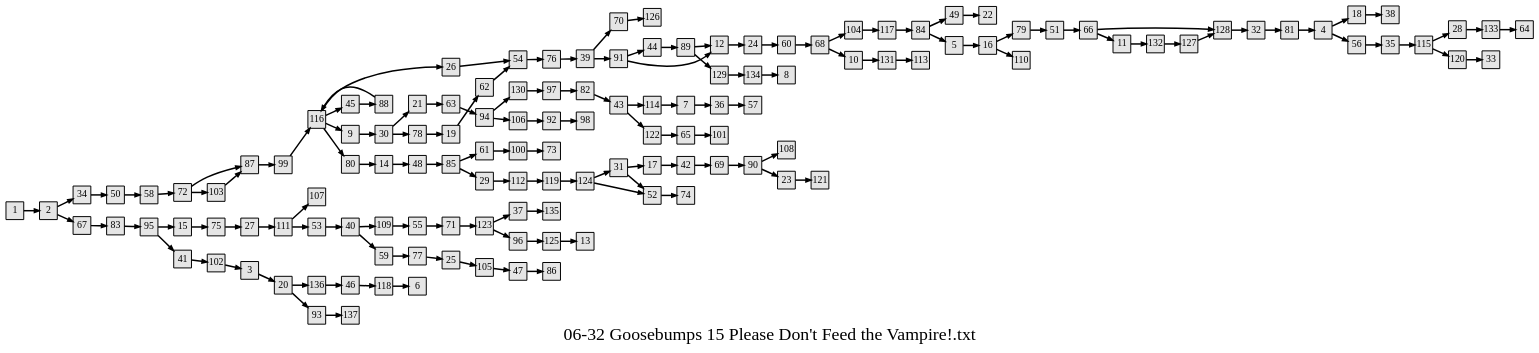
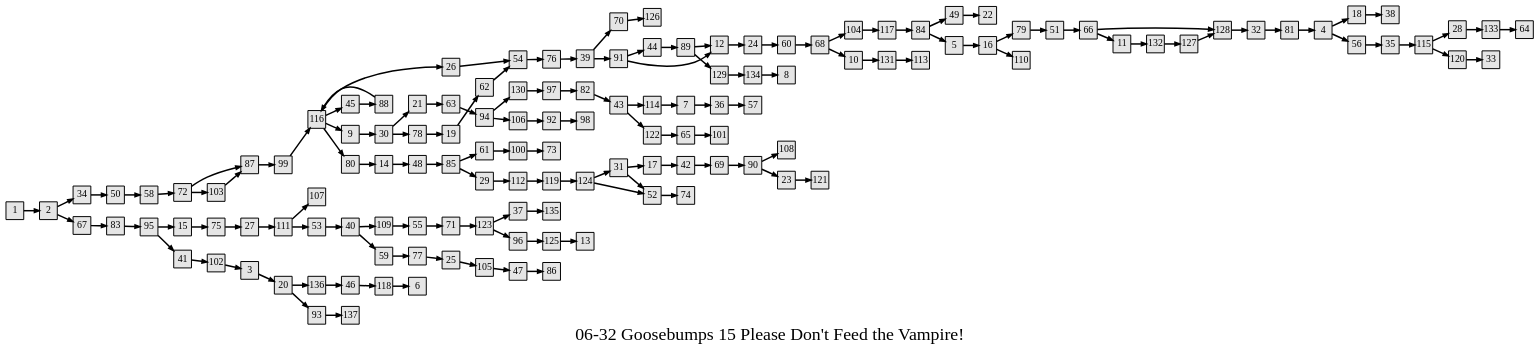
The diagram in assets/gamebooks/graphviz/06-32 Goosebumps 15 Please Don't Feed the Vampire!.txt.gv (jeremydouglass/transverse-gallery), drawn with Graphviz before and after one commit. The commit also changed 748 other files, not shown here.

```diff
--- a/assets/gamebooks/graphviz/06-32 Goosebumps 15 Please Don't Feed the Vampire!.txt.gv
+++ b/assets/gamebooks/graphviz/06-32 Goosebumps 15 Please Don't Feed the Vampire!.txt.gv
@@ -1,148 +1,171 @@
 digraph g{
-  graph [ label="06-32 Goosebumps 15 Please Don't Feed the Vampire!.txt" rankdir=LR, ordering=out, fontsize=36, nodesep="0.35", ranksep="0.45"];
+  graph [ label="06-32 Goosebumps 15 Please Don't Feed the Vampire!" rankdir=LR, ordering=out, fontsize=36, nodesep="0.35", ranksep="0.45"];
   node  [shape=rect, penwidth=2, fontsize=20, style=filled, fillcolor=grey90, margin="0,0", labelfloat=true, regular=true, fixedsize=true];
   edge  [labelfloat=true, penwidth=3, fontsize=12];
-
+  // ---;
+  // group  : Katz;
+  // id     : 06-32;
+  // gbid   : 1213;
+  // series : Give Yourself Goosebumps;
+  // title  : Please Don't Feed the Vampire!;
+  // author : R.L. Stine;
+  // credit:;
+  // - name : Yee-Ann Wong;
+  // role : encoder;
+  // date : 2017-08-24;
+  // - name : Jeremy Douglass;
+  // role : editor;
+  // date : 2017-10-19;
+  // render:;
+  // - name   : small;
+  // styles : gvStyles-small.txt;
+  // engine : dot;
+  // comment: >;
+  
+  // ---;
+  
+  // From | To | Label;
+  
   1 -> 2;
   2 -> 34;
   2 -> 67;
   3 -> 20;
   4 -> 18;
   4 -> 56;
   5 -> 16;
   7 -> 36;
   9 -> 30;
   10 -> 131;
   11 -> 132;
   12 -> 24;
   14 -> 48;
   15 -> 75;
   16 -> 79;
   16 -> 110;
   17 -> 42;
   18 -> 38;
   19 -> 62;
   20 -> 136;
   20 -> 93;
   21 -> 63;
   23 -> 121;
   24 -> 60;
   25 -> 105;
   26 -> 54;
   27 -> 111;
   28 -> 133;
   29 -> 112;
   30 -> 21;
   30 -> 78;
   31 -> 17;
   31 -> 52;
   32 -> 81;
   34 -> 50;
   35 -> 115;
   36 -> 57;
   37 -> 135;
   39 -> 70;
   39 -> 91;
   40 -> 109;
   40 -> 59;
   41 -> 102;
   42 -> 69;
   43 -> 114;
   43 -> 122;
   44 -> 89;
   45 -> 88;
   46 -> 118;
   47 -> 86;
   48 -> 85;
   49 -> 22;
   50 -> 58;
   51 -> 66;
   52 -> 74;
   53 -> 40;
   54 -> 76;
   55 -> 71;
   56 -> 35;
   58 -> 72;
   59 -> 77;
   60 -> 68;
   61 -> 100;
   62 -> 54;
   63 -> 94;
   65 -> 101;
   66 -> 128;
   66 -> 11;
   67 -> 83;
   68 -> 104;
   68 -> 10;
   69 -> 90;
   70 -> 126;
   71 -> 123;
   72 -> 87;
   72 -> 103;
   75 -> 27;
   76 -> 39;
   77 -> 25;
   78 -> 19;
   79 -> 51;
   80 -> 14;
   81 -> 4;
   82 -> 43;
   83 -> 95;
   84 -> 49;
   84 -> 5;
   85 -> 61;
   85 -> 29;
   87 -> 99;
   88 -> 116;
   89 -> 12;
   89 -> 129;
   90 -> 108;
   90 -> 23;
   91 -> 44;
   91 -> 12;
   92 -> 98;
   93 -> 137;
   94 -> 130;
   94 -> 106;
   95 -> 15;
   95 -> 41;
   96 -> 125;
   97 -> 82;
   99 -> 116;
   100 -> 73;
   102 -> 3;
   103 -> 87;
   104 -> 117;
   105 -> 47;
   106 -> 92;
   109 -> 55;
   111 -> 107;
   111 -> 53;
   112 -> 119;
   114 -> 7;
   115 -> 28;
   115 -> 120;
   116 -> 26;
   116 -> 45;
   116 -> 9;
   116 -> 80;
   117 -> 84;
   118 -> 6;
   119 -> 124;
   120 -> 33;
   122 -> 65;
   123 -> 37;
   123 -> 96;
   124 -> 31;
   124 -> 52;
   125 -> 13;
   127 -> 128;
   128 -> 32;
   129 -> 134;
   130 -> 97;
   131 -> 113;
   132 -> 127;
   133 -> 64;
   134 -> 8;
   136 -> 46;
 }
```
